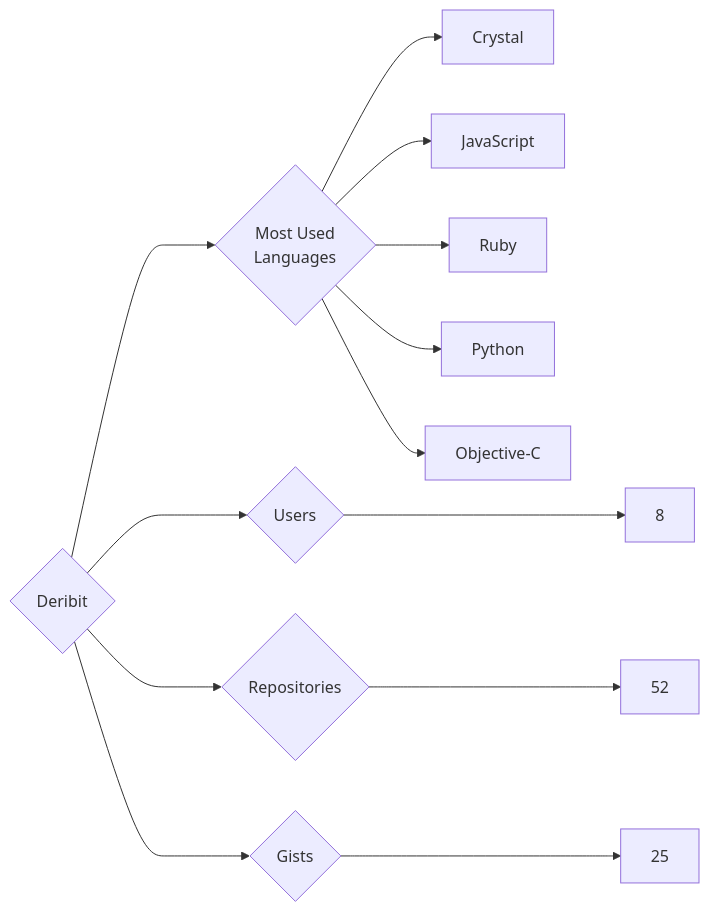
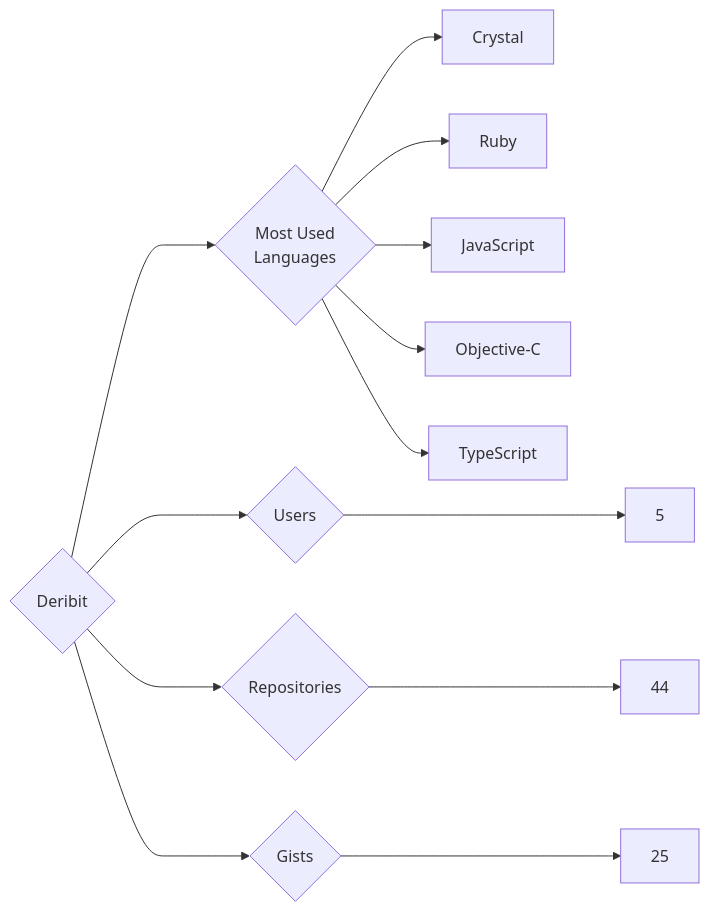
The diagram in targets/Deribit/README.md (trickest/insiders), drawn with Mermaid before and after one commit. The commit also changed 932 other files, not shown here.

````diff
--- a/targets/Deribit/README.md
+++ b/targets/Deribit/README.md
@@ -3,13 +3,13 @@
 ```mermaid
 graph LR
 COMPANY_NAME{Deribit}
-COMPANY_NAME ---> U{Users} ---> UN[8]
-COMPANY_NAME ---> R{Repositories} ---> RN[52]
+COMPANY_NAME ---> U{Users} ---> UN[5]
+COMPANY_NAME ---> R{Repositories} ---> RN[44]
 COMPANY_NAME ---> G{Gists} ---> GN[25]
 COMPANY_NAME ---> ML{Most Used<br>Languages}
-ML --> Crystal
-ML --> JavaScript
-ML --> Ruby
-ML --> Python
-ML --> Objective-C
+ML --> Crystal[Crystal]
+ML --> Ruby[Ruby]
+ML --> JavaScript[JavaScript]
+ML --> Objective-C[Objective-C]
+ML --> TypeScript[TypeScript]
 ```
````
